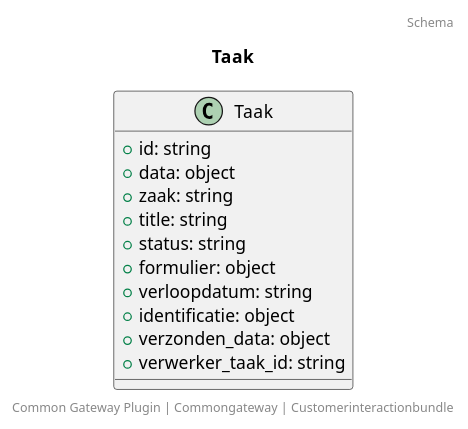
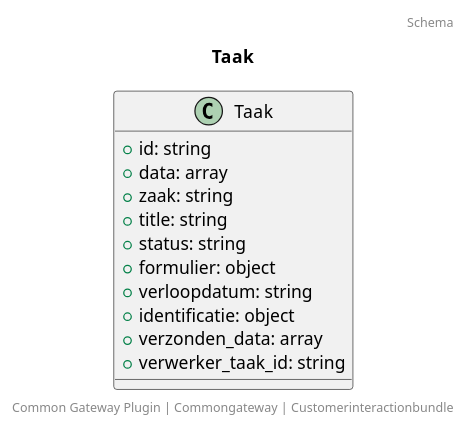
The diagram in docs/schema/klant.taak.puml (CommonGateway/CustomerInteractionBundle), drawn with PlantUML before and after one commit. The commit also changed 3 other files, not shown here.

```diff
--- a/docs/schema/klant.taak.puml
+++ b/docs/schema/klant.taak.puml
@@ -1,18 +1,18 @@
 @startuml
 title: Taak
 footer: Common Gateway Plugin | Commongateway | Customerinteractionbundle 
 header: Schema
 
 class Taak {
   + id: string
-  + data: object
+  + data: array
   + zaak: string
   + title: string
   + status: string
   + formulier: object
   + verloopdatum: string
   + identificatie: object
-  + verzonden_data: object
+  + verzonden_data: array
   + verwerker_taak_id: string
 }
 @enduml
```
